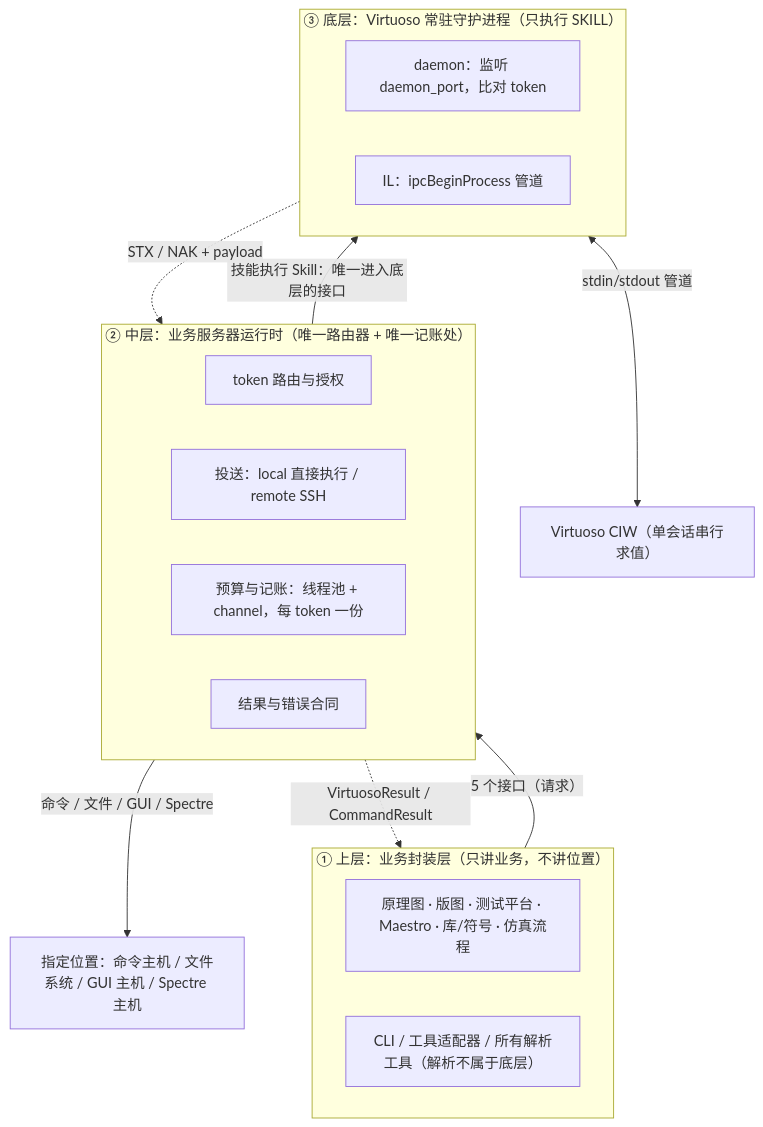
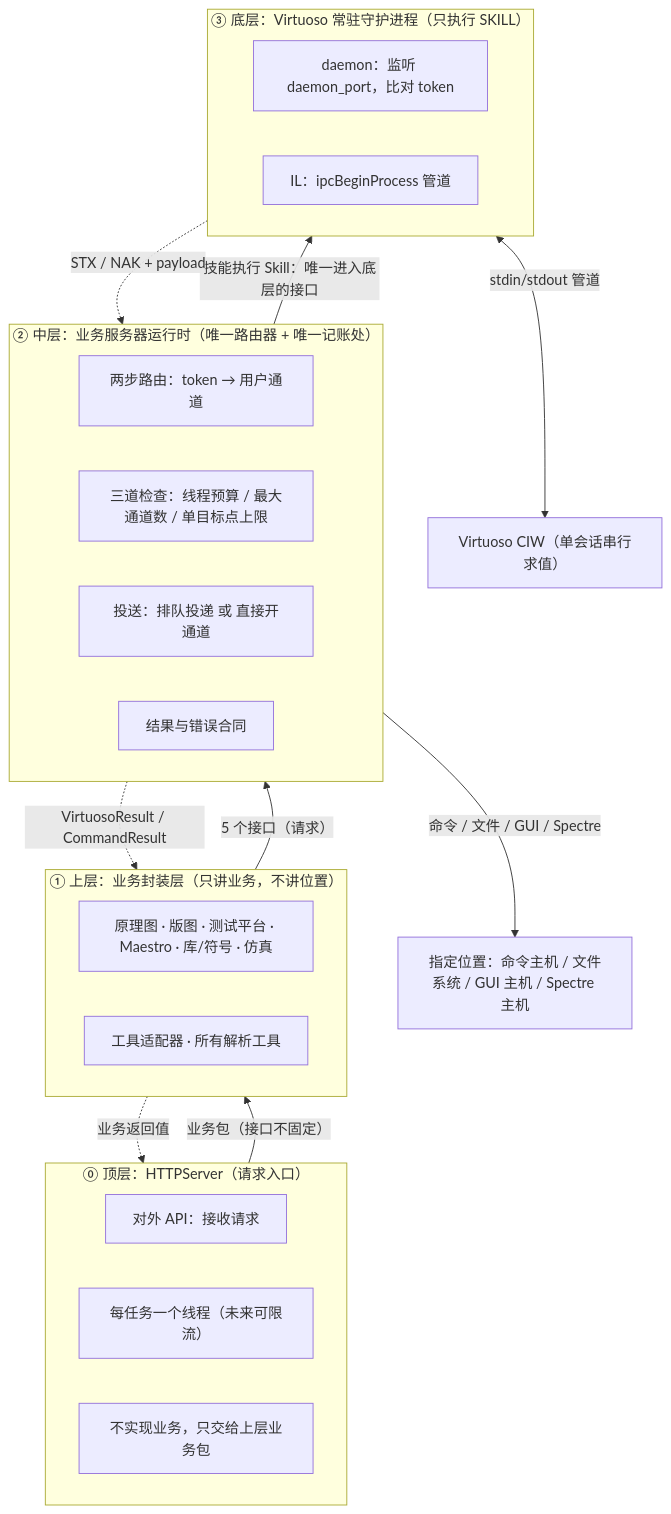
One commit to GentLau/virtuoso-bridge-NCS changed the first of 11 diagrams in doc/report/架构总览图.md. Above: the diagram before and after it, drawn with Mermaid. The commit also changed other lines of this file and 30 other files, not shown here.

````diff
--- a/doc/report/架构总览图.md
+++ b/doc/report/架构总览图.md
@@ -26,29 +30,37 @@
 ```mermaid
 flowchart TB
+    subgraph T["⓪ 顶层：HTTPServer（请求入口）"]
+        T1["对外 API：接收请求"]
+        T2["每任务一个线程（未来可限流）"]
+        T3["不实现业务，只交给上层业务包"]
+    end
+
     subgraph U["① 上层：业务封装层（只讲业务，不讲位置）"]
-        U1["原理图 · 版图 · 测试平台 · Maestro · 库/符号 · 仿真流程"]
-        U2["CLI / 工具适配器 / 所有解析工具（解析不属于底层）"]
+        U1["原理图 · 版图 · 测试平台 · Maestro · 库/符号 · 仿真"]
+        U2["工具适配器 · 所有解析工具"]
     end
 
     subgraph M["② 中层：业务服务器运行时（唯一路由器 + 唯一记账处）"]
-        M1["token 路由与授权"]
-        M2["投送：local 直接执行 / remote SSH"]
-        M3["预算与记账：线程池 + channel，每 token 一份"]
+        M1["两步路由：token → 用户通道"]
+        M2["三道检查：线程预算 / 最大通道数 / 单目标点上限"]
+        M3["投送：排队投递 或 直接开通道"]
         M4["结果与错误合同"]
     end
 
     subgraph B["③ 底层：Virtuoso 常驻守护进程（只执行 SKILL）"]
         B1["daemon：监听 daemon_port，比对 token"]
         B2["IL：ipcBeginProcess 管道"]
     end
 
     CIW["Virtuoso CIW（单会话串行求值）"]
     TGT["指定位置：命令主机 / 文件系统 / GUI 主机 / Spectre 主机"]
 
+    T -->|"业务包（接口不固定）"| U
     U -->|"5 个接口（请求）"| M
     M -->|"技能执行 Skill：唯一进入底层的接口"| B
     M -->|"命令 / 文件 / GUI / Spectre"| TGT
     B <-->|"stdin/stdout 管道"| CIW
     B -.->|"STX / NAK + payload"| M
     M -.->|"VirtuosoResult / CommandResult"| U
+    U -.->|"业务返回值"| T
 ```
````
